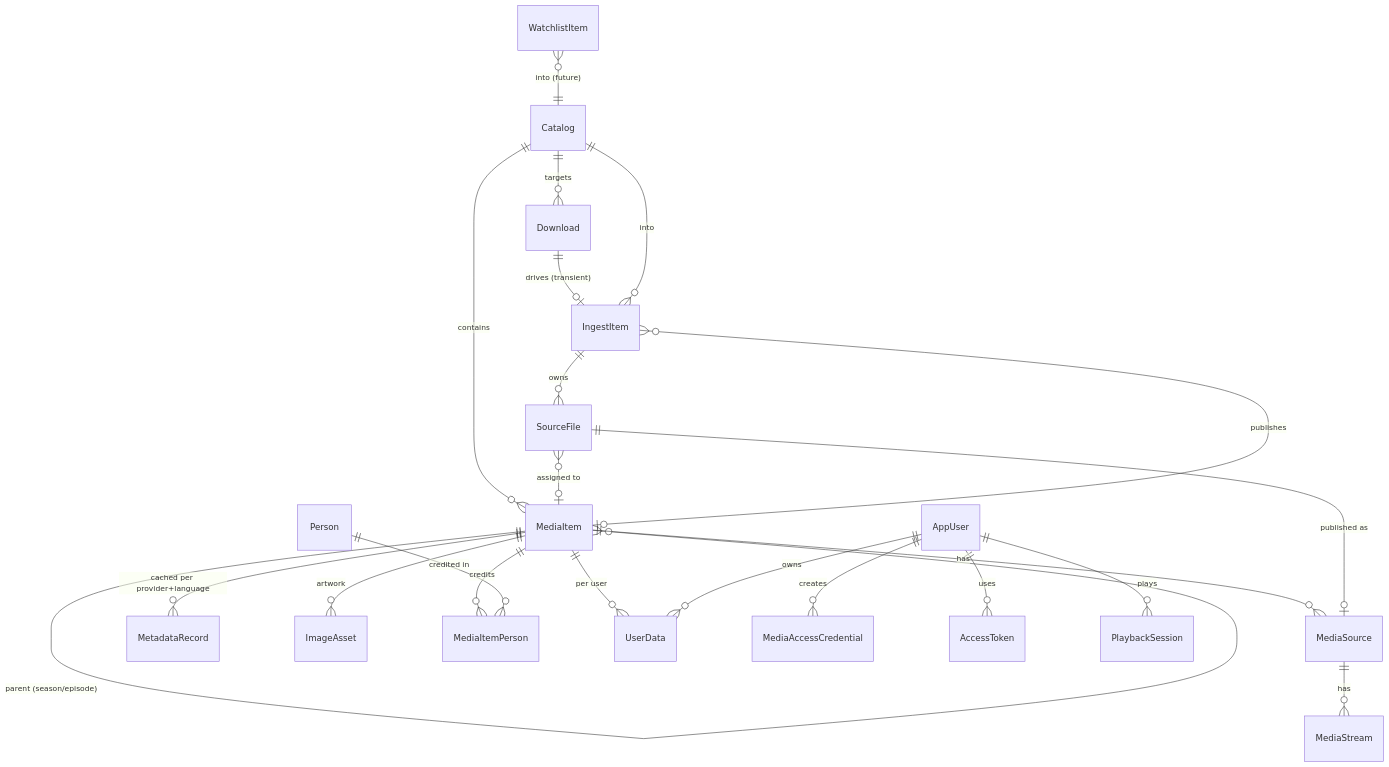
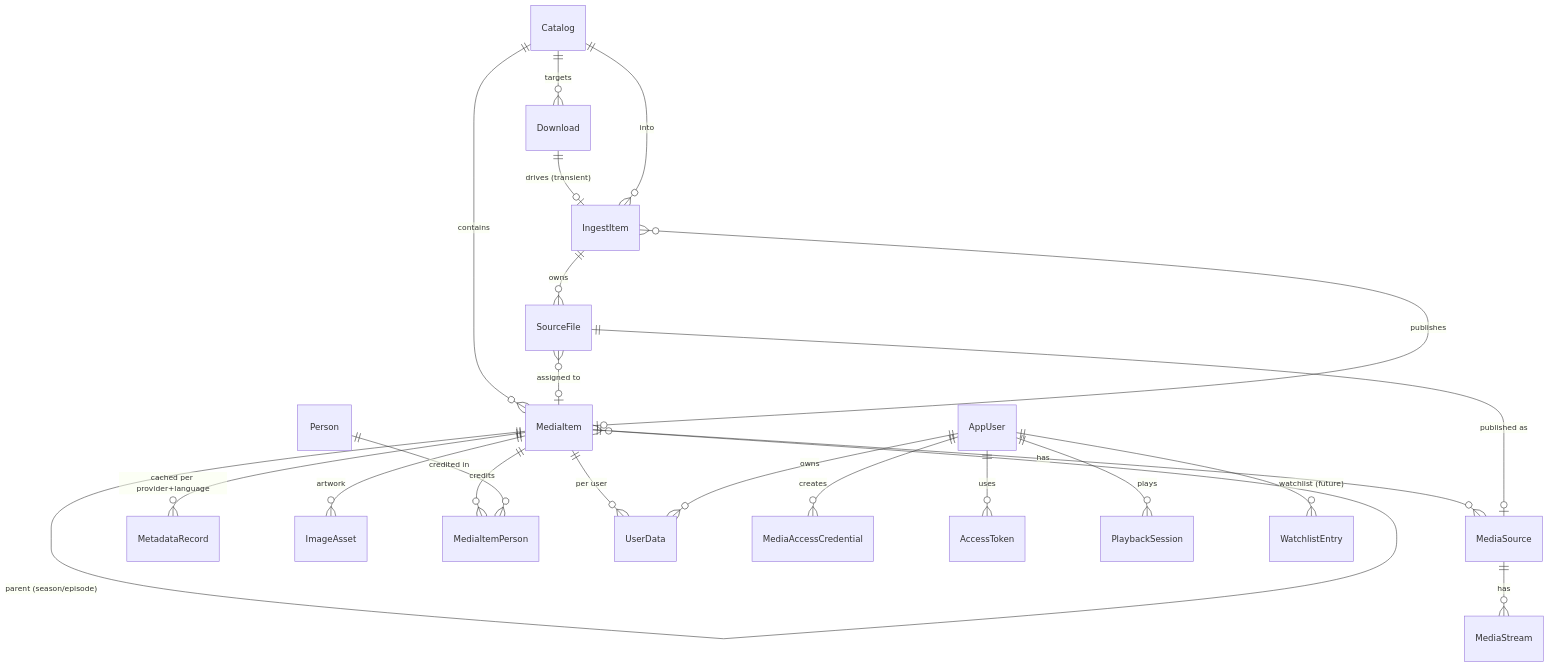
The diagram in docs/features/domain-model.md (alex-de-haas/media-server), drawn with Mermaid before and after one commit. The commit also changed other lines of this file and 4 other files, not shown here.

````diff
--- a/docs/features/domain-model.md
+++ b/docs/features/domain-model.md
@@ -33,24 +33,24 @@
 ```mermaid
 erDiagram
   Catalog ||--o{ MediaItem : contains
   Catalog ||--o{ Download : targets
   MediaItem ||--o{ MediaItem : "parent (season/episode)"
   MediaItem ||--o{ MediaSource : "has"
   MediaSource ||--o{ MediaStream : "has"
   MediaItem ||--o{ MetadataRecord : "cached per provider+language"
   MediaItem ||--o{ ImageAsset : "artwork"
   MediaItem ||--o{ MediaItemPerson : "credits"
   Person ||--o{ MediaItemPerson : "credited in"
   MediaItem ||--o{ UserData : "per user"
   Download ||--o| IngestItem : "drives (transient)"
   IngestItem ||--o{ SourceFile : "owns"
   SourceFile }o--o| MediaItem : "assigned to"
   SourceFile ||--o| MediaSource : "published as"
   IngestItem }o--|| Catalog : "into"
   IngestItem }o--o| MediaItem : "publishes"
   AppUser ||--o{ UserData : "owns"
   AppUser ||--o{ MediaAccessCredential : "creates"
   AppUser ||--o{ AccessToken : "uses"
   AppUser ||--o{ PlaybackSession : "plays"
-  WatchlistItem }o--|| Catalog : "into (future)"
+  AppUser ||--o{ WatchlistEntry : "watchlist (future)"
 ```
````
